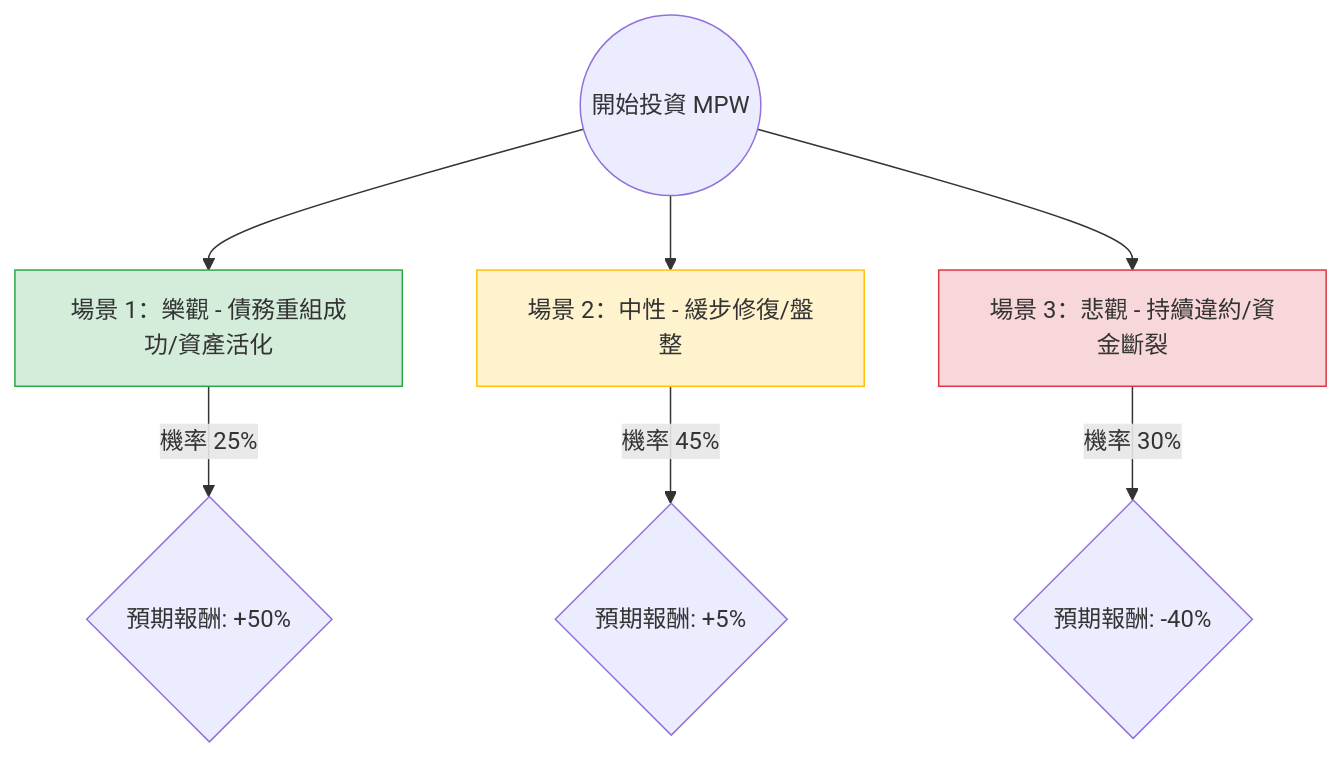
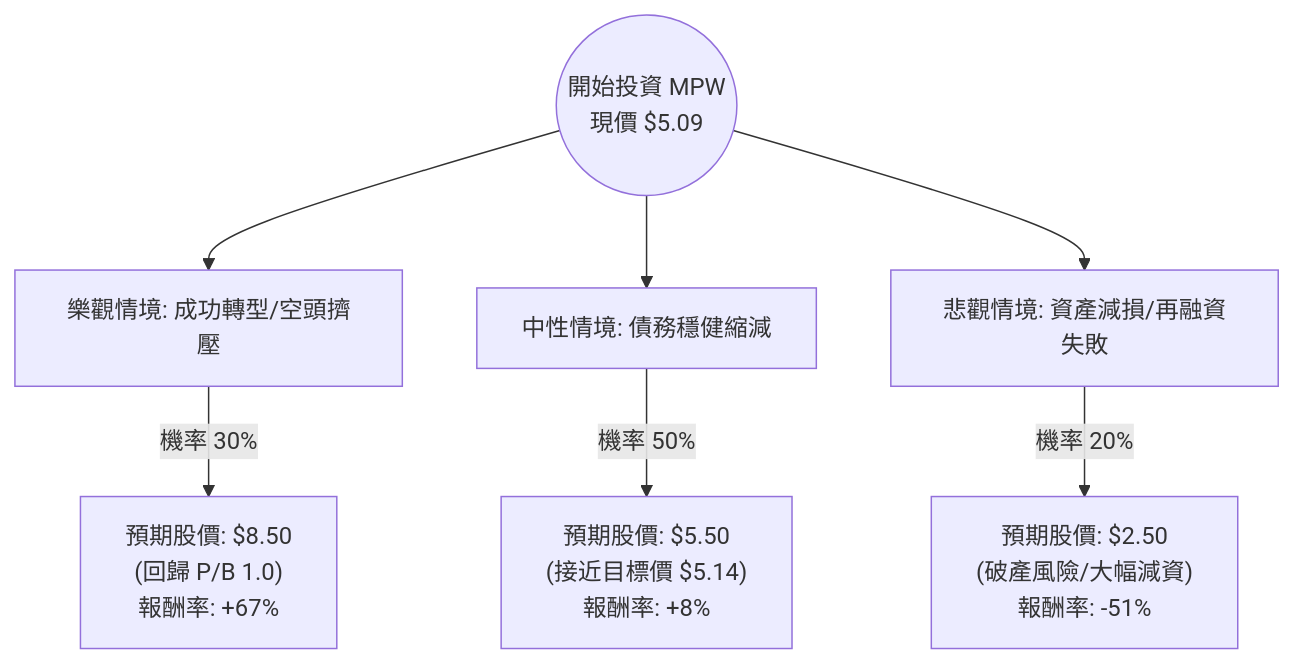
One commit to zmcx16/zmcx16.github.io changed the diagram in plugin-react/ai-analysis/ev-analysis/MPW.md. Above: the diagram before and after it, drawn with Mermaid. The commit also changed other lines of this file and 81 other files, not shown here.

````diff
--- a/plugin-react/ai-analysis/ev-analysis/MPW.md
+++ b/plugin-react/ai-analysis/ev-analysis/MPW.md
@@ -19,14 +19,10 @@
 ```mermaid
 graph TD
-    Start((開始投資 MPW)) --> A[場景 1：樂觀 - 債務重組成功/資產活化]
-    Start --> B[場景 2：中性 - 緩步修復/盤整]
-    Start --> C[場景 3：悲觀 - 持續違約/資金斷裂]
+    Start((開始投資 MPW <br> 現價 $5.09)) --> Bull[樂觀情境: 成功轉型/空頭擠壓]
+    Start --> Base[中性情境: 債務穩健縮減]
+    Start --> Bear[悲觀情境: 資產減損/再融資失敗]
 
-    A -- "機率 25%" --> A1{預期報酬: +50%}
-    B -- "機率 45%" --> B1{預期報酬: +5%}
-    C -- "機率 30%" --> C1{預期報酬: -40%}
-
-    style A fill:#d4edda,stroke:#28a745
-    style B fill:#fff3cd,stroke:#ffc107
-    style C fill:#f8d7da,stroke:#dc3545
+    Bull -- "機率 30%" --> BullVal["預期股價: $8.50 <br> (回歸 P/B 1.0) <br> 報酬率: +67%"]
+    Base -- "機率 50%" --> BaseVal["預期股價: $5.50 <br> (接近目標價 $5.14) <br> 報酬率: +8%"]
+    Bear -- "機率 20%" --> BearVal["預期股價: $2.50 <br> (破產風險/大幅減資) <br> 報酬率: -51%"]
 ```
````
